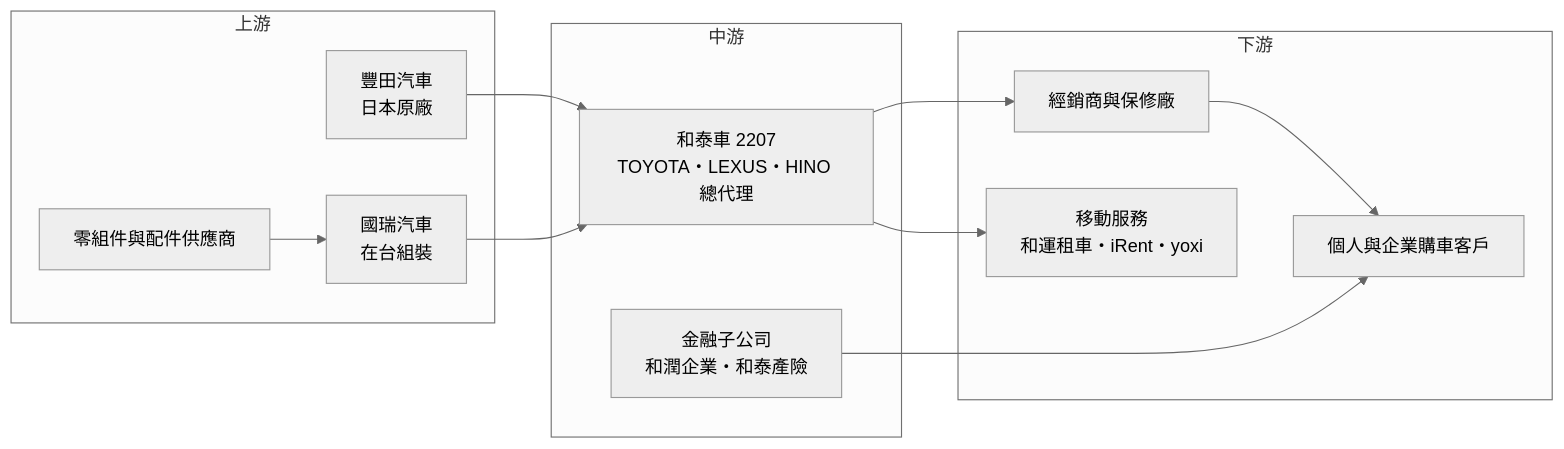
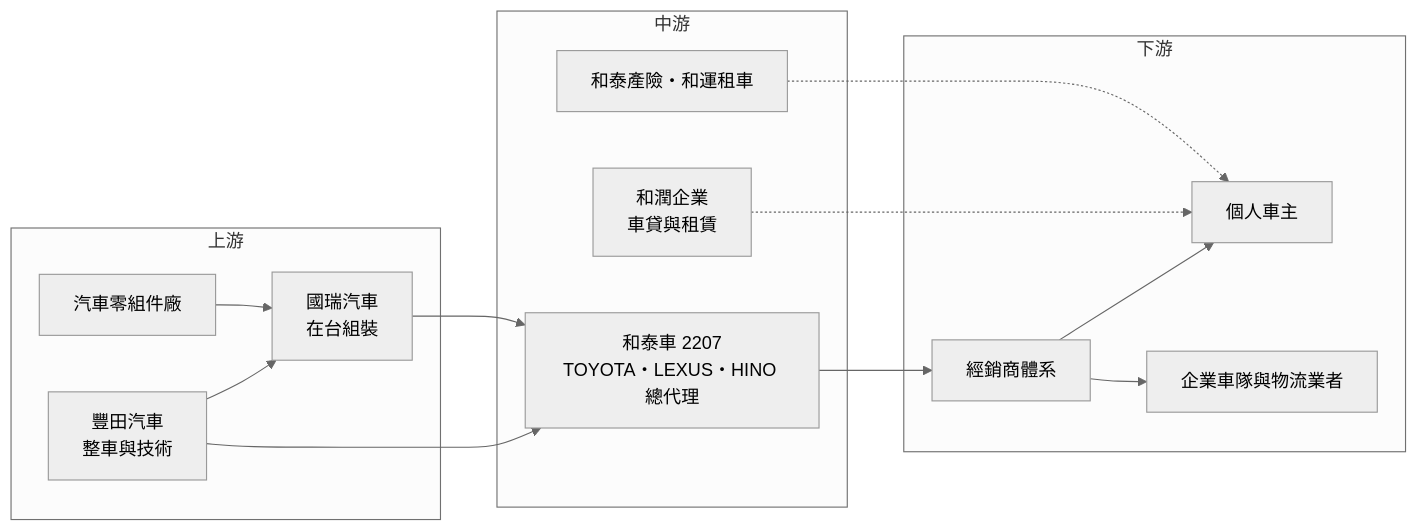
The third of 3 diagrams in 個股/台股/2207和泰車.md (wangnick1004/taiwan-stock-vault), drawn with Mermaid (neutral theme) before and after one commit. The commit also changed other lines of this file and 6 other files, not shown here.

````diff
--- a/個股/台股/2207和泰車.md
+++ b/個股/台股/2207和泰車.md
@@ -203,24 +209,27 @@
 ```mermaid
 flowchart LR
     subgraph 上游
-        A1[豐田汽車<br/>日本原廠]
-        A2[國瑞汽車<br/>在台組裝]
-        A3[零組件與配件供應商]
+        A1["豐田汽車<br/>整車與技術"]
+        A2["國瑞汽車<br/>在台組裝"]
+        A3["汽車零組件廠"]
     end
     subgraph 中游
-        B[和泰車 2207<br/>TOYOTA・LEXUS・HINO 總代理]
-        B2[金融子公司<br/>和潤企業・和泰產險]
+        B["和泰車 2207<br/>TOYOTA・LEXUS・HINO 總代理"]
+        B2["和潤企業<br/>車貸與租賃"]
+        B3["和泰產險・和運租車"]
     end
     subgraph 下游
-        C1[經銷商與保修廠]
-        C2[個人與企業購車客戶]
-        C3[移動服務<br/>和運租車・iRent・yoxi]
+        C1["經銷商體系"]
+        C2["個人車主"]
+        C3["企業車隊與物流業者"]
     end
+    A1 --> A2
     A1 --> B
     A2 --> B
     A3 --> A2
     B --> C1
     C1 --> C2
-    B2 --> C2
-    B --> C3
+    C1 --> C3
+    B2 -.-> C2
+    B3 -.-> C2
 ```
````
